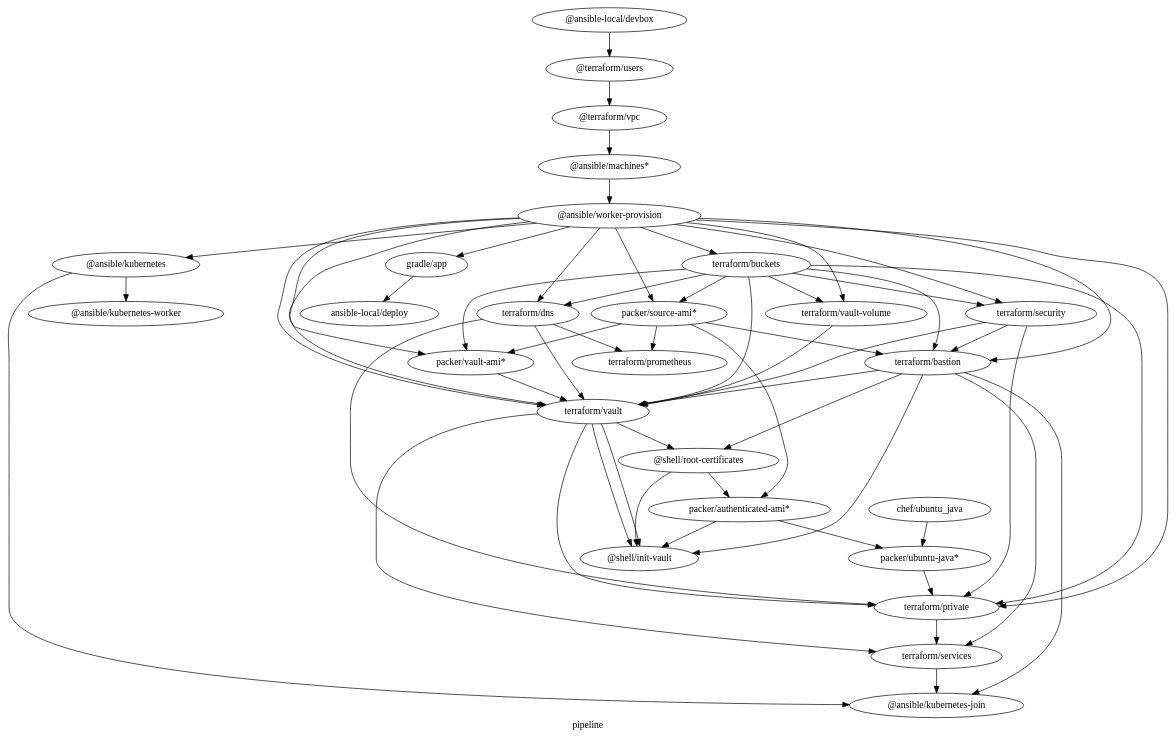
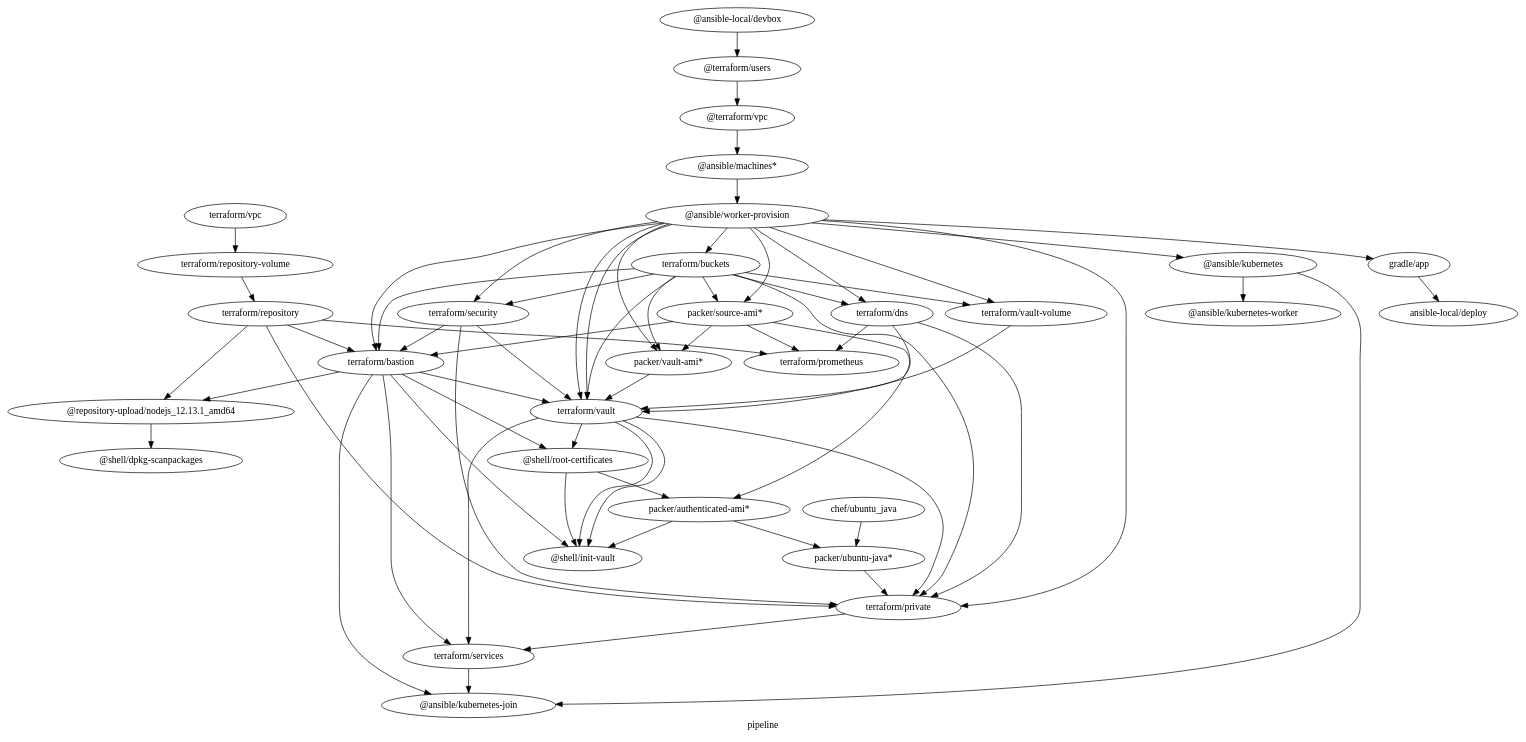
The diagram in architecture.dot (samsquire/mazzle-starter), drawn with Graphviz before and after one commit. The commit also changed 11 other files, not shown here.

```diff
--- a/architecture.dot
+++ b/architecture.dot
@@ -1,89 +1,101 @@
 digraph G {
   label="pipeline";
   rankdir=TB;
 
 
 
 "packer/source-ami*" -> { "terraform/bastion";
                           "packer/vault-ami*"
                         }
 
+"terraform/bastion" -> "@repository-upload/nodejs_12.13.1_amd64"
+"terraform/repository" -> "@repository-upload/nodejs_12.13.1_amd64"
+
+"@repository-upload/nodejs_12.13.1_amd64" -> "@shell/dpkg-scanpackages"
+
 "terraform/bastion" -> "@ansible/kubernetes-join";
 "terraform/services" -> "@ansible/kubernetes-join";
 "@ansible/kubernetes" -> "@ansible/kubernetes-join";
 
+"terraform/vpc" -> "terraform/repository-volume" -> "terraform/repository";
+
+"terraform/repository" -> {
+  "terraform/bastion";
+  "terraform/private";
+  "terraform/prometheus";
+}
 
 "gradle/app" -> "ansible-local/deploy";
 "@ansible/kubernetes" -> "@ansible/kubernetes-worker";
 "@ansible/worker-provision" -> {
   "gradle/app";
   "@ansible/kubernetes";
   "terraform/buckets";
   "terraform/vault";
   "terraform/dns";
   "terraform/bastion";
   "terraform/vault-volume";
   "packer/source-ami*";
   "terraform/security";
   "terraform/private";
   "packer/vault-ami*"
 }
 
 "terraform/buckets" -> {
   "terraform/vault";
   "terraform/dns";
   "terraform/bastion";
   "terraform/vault-volume";
   "packer/source-ami*";
   "terraform/security";
   "terraform/private";
   "packer/vault-ami*"
 }
 
 "packer/vault-ami*" -> "terraform/vault"
 
 "@terraform/vpc" -> "@ansible/machines*" -> "@ansible/worker-provision"
 
 "terraform/vault" -> "terraform/private";
 
 { "terraform/vault";
 "terraform/bastion";
 "terraform/private"; } -> "terraform/services";
 
 "terraform/vault-volume" -> "terraform/vault";
 
  "terraform/dns" -> "terraform/private";
  "terraform/dns" -> "terraform/vault";
 
 "terraform/security" -> "terraform/vault"
 "@ansible/worker-provision" -> "terraform/vault";
 
 "terraform/security" -> "terraform/bastion";
 "terraform/security" -> "terraform/private";
 
 "chef/ubuntu_java" -> "packer/ubuntu-java*";
 
 "@ansible-local/devbox" -> "@terraform/users" -> "@terraform/vpc";
 
 "terraform/bastion" -> "@shell/root-certificates";
 
 "terraform/vault" -> "@shell/root-certificates";
 "terraform/bastion" -> "terraform/vault";
 
 "terraform/bastion" -> "@shell/init-vault";
 "terraform/vault" -> "@shell/init-vault";
 
 "@shell/root-certificates" -> "packer/authenticated-ami*";
 
 "packer/ubuntu-java*" -> "terraform/private";
 
 "packer/source-ami*" -> "packer/authenticated-ami*";
 "packer/authenticated-ami*" -> "packer/ubuntu-java*";
 "packer/authenticated-ami*" -> "@shell/init-vault";
 "@shell/root-certificates" -> "@shell/init-vault";
 
 "terraform/vault" -> "@shell/init-vault";
 
  "terraform/dns" -> "terraform/prometheus";
  "packer/source-ami*" -> "terraform/prometheus";
 }
```
